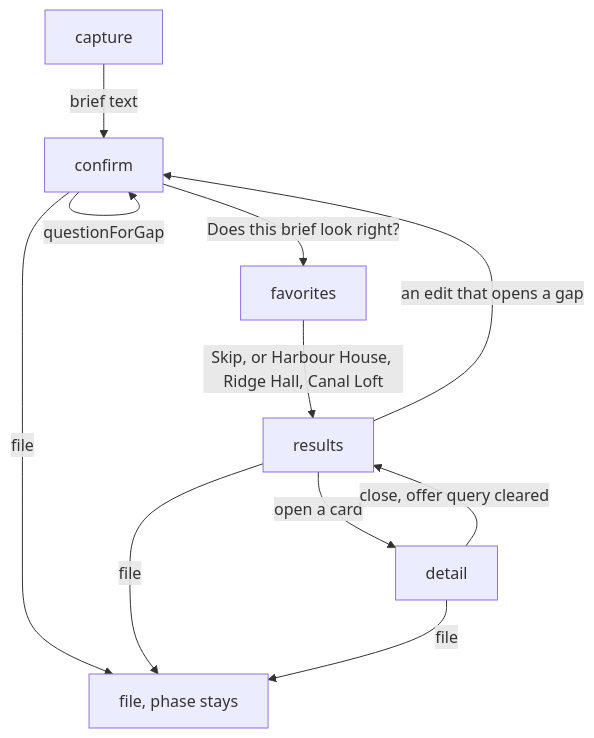
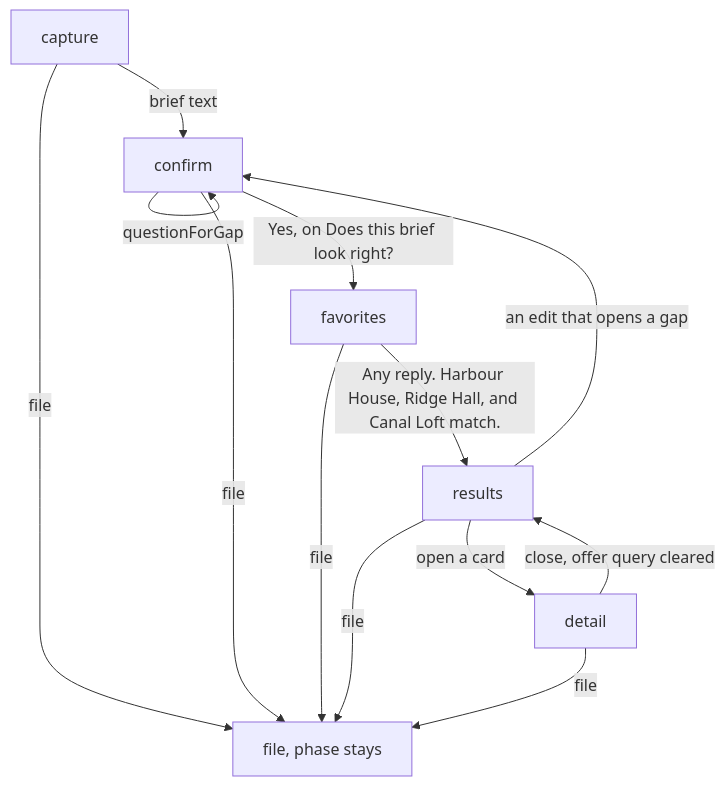
Before and after one commit to p10ns11y/proposales-planner-bench: the third of 14 diagrams in planner-bench/docs/ARCHITECTURE.md, drawn with Mermaid. The commit also changed other lines of this file and 11 other files, not shown here.

````diff
--- a/planner-bench/docs/ARCHITECTURE.md
+++ b/planner-bench/docs/ARCHITECTURE.md
@@ -53,13 +53,15 @@
 ```mermaid
 flowchart TD
   capture[capture] -->|brief text| confirm[confirm]
   confirm -->|questionForGap| confirm
-  confirm -->|Does this brief look right?| favorites[favorites]
-  favorites -->|Skip, or Harbour House, Ridge Hall, Canal Loft| results[results]
+  confirm -->|Yes, on Does this brief look right?| favorites[favorites]
+  favorites -->|Any reply. Harbour House, Ridge Hall, and Canal Loft match.| results[results]
   results -->|open a card| detail[detail]
   detail -->|close, offer query cleared| results
   results -->|an edit that opens a gap| confirm
-  confirm -->|file| filing[file, phase stays]
+  capture -->|file| filing[file, phase stays]
+  confirm -->|file| filing
+  favorites -->|file| filing
   results -->|file| filing
   detail -->|file| filing
 ```
````
